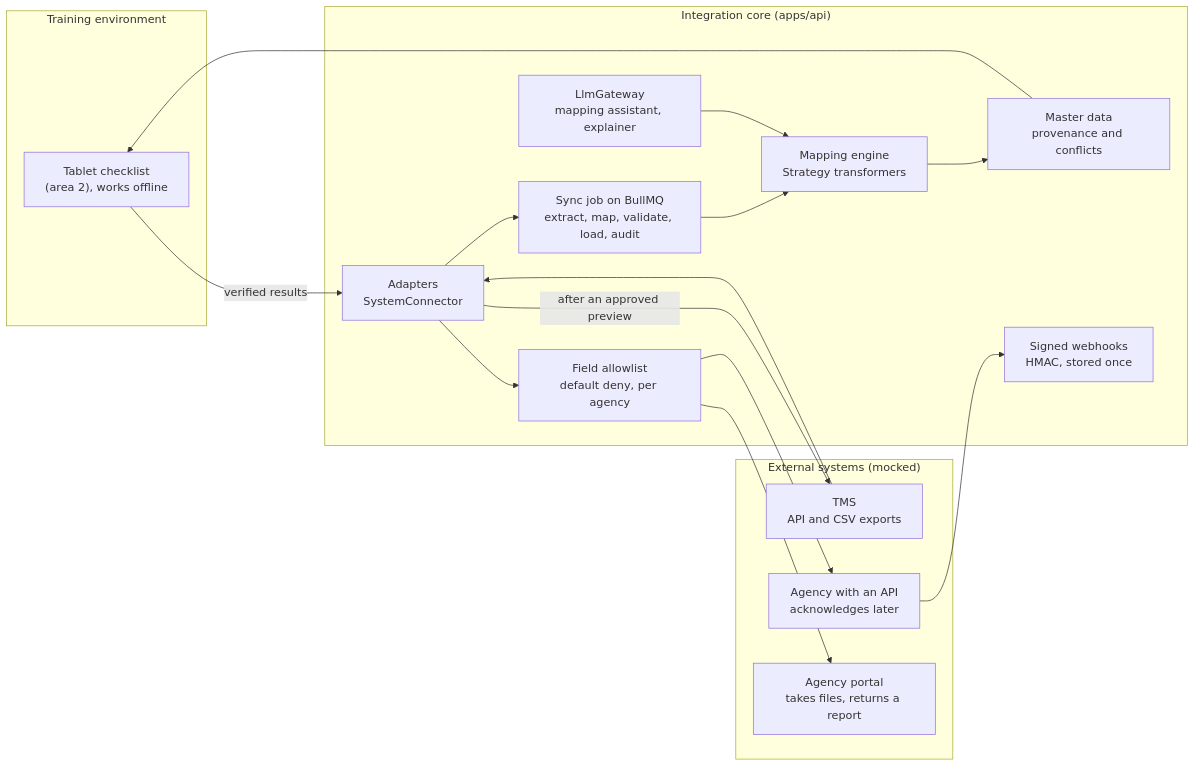
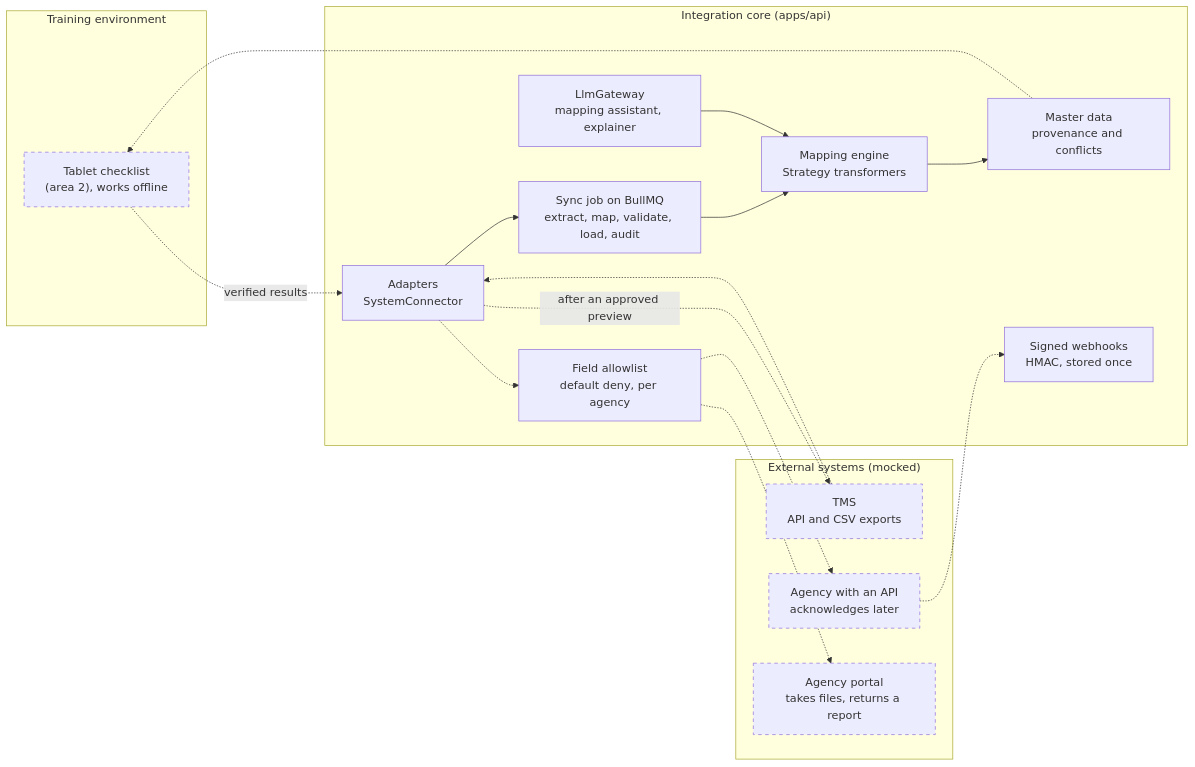
Before and after one commit to xiu2809xiu-rgb/sccci-innovation-project: the diagram in docs/team/area-1-integration-core.md, drawn with Mermaid. The commit also changed other lines of this file and 4 other files, not shown here.

````diff
--- a/docs/team/area-1-integration-core.md
+++ b/docs/team/area-1-integration-core.md
@@ -30,29 +32,31 @@
 ```mermaid
 flowchart LR
   subgraph Field["Training environment"]
     TAB["Tablet checklist<br/>(area 2), works offline"]
   end
   subgraph Core["Integration core (apps/api)"]
     ADP["Adapters<br/>SystemConnector"]
     JOB["Sync job on BullMQ<br/>extract, map, validate, load, audit"]
     MAP["Mapping engine<br/>Strategy transformers"]
     MASTER["Master data<br/>provenance and conflicts"]
     ALLOW["Field allowlist<br/>default deny, per agency"]
     AI["LlmGateway<br/>mapping assistant, explainer"]
     HOOK["Signed webhooks<br/>HMAC, stored once"]
   end
   subgraph External["External systems (mocked)"]
     TMS["TMS<br/>API and CSV exports"]
     API["Agency with an API<br/>acknowledges later"]
     PORTAL["Agency portal<br/>takes files, returns a report"]
   end
-  TMS --> ADP --> JOB --> MAP --> MASTER
-  MASTER --> TAB
-  TAB -->|verified results| ADP
-  ADP -->|after an approved preview| TMS
-  ADP --> ALLOW
-  ALLOW --> API
-  ALLOW --> PORTAL
-  API --> HOOK
+  TMS -.-> ADP --> JOB --> MAP --> MASTER
+  MASTER -.-> TAB
+  TAB -.->|verified results| ADP
+  ADP -.->|after an approved preview| TMS
+  ADP -.-> ALLOW
+  ALLOW -.-> API
+  ALLOW -.-> PORTAL
+  API -.-> HOOK
   AI --> MAP
+  classDef planned stroke-dasharray: 5 5
+  class TAB,TMS,API,PORTAL planned
 ```
````
